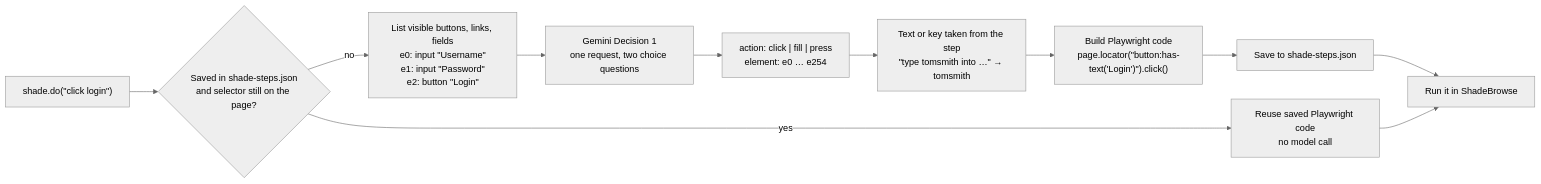
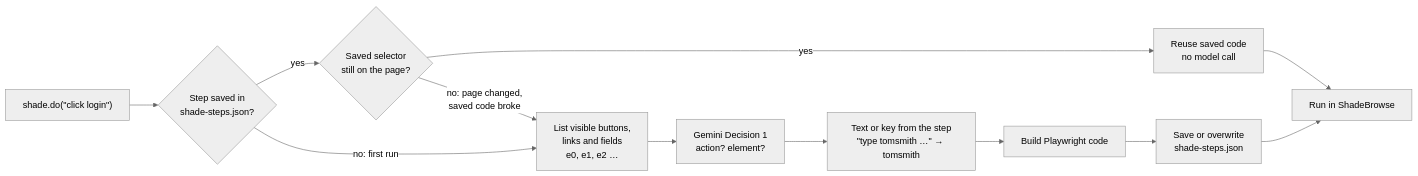
One commit to naimurhasan/shadebrowse changed the diagram in README.md. Above: the diagram before and after it, drawn with Mermaid (neutral theme). The commit also changed other lines of this file, not shown here.

Commit message:
Show the repair path for broken saved selectors in the diagram

````diff
--- a/README.md
+++ b/README.md
@@ -72,13 +72,14 @@
 ```mermaid
 flowchart LR
-    A["shade.do(#quot;click login#quot;)"] --> B{"Saved in shade-steps.json<br/>and selector still on the page?"}
-    B -- yes --> H["Reuse saved Playwright code<br/>no model call"]
-    B -- no --> C["List visible buttons, links, fields<br/>e0: input #quot;Username#quot;<br/>e1: input #quot;Password#quot;<br/>e2: button #quot;Login#quot;"]
-    C --> D["Gemini Decision 1<br/>one request, two choice questions"]
-    D --> E["action: click | fill | press<br/>element: e0 … e254"]
-    E --> F["Text or key taken from the step<br/>#quot;type tomsmith into …#quot; → tomsmith"]
-    F --> G["Build Playwright code<br/>page.locator(#quot;button:has-text('Login')#quot;).click()"]
-    G --> S["Save to shade-steps.json"]
-    S --> R["Run it in ShadeBrowse"]
+    A["shade.do(#quot;click login#quot;)"] --> B{"Step saved in<br/>shade-steps.json?"}
+    B -- "yes" --> K{"Saved selector<br/>still on the page?"}
+    K -- "yes" --> H["Reuse saved code<br/>no model call"]
+    K -- "no: page changed,<br/>saved code broke" --> C
+    B -- "no: first run" --> C["List visible buttons,<br/>links and fields<br/>e0, e1, e2 …"]
+    C --> D["Gemini Decision 1<br/>action? element?"]
+    D --> F["Text or key from the step<br/>#quot;type tomsmith …#quot; → tomsmith"]
+    F --> G["Build Playwright code"]
+    G --> S["Save or overwrite<br/>shade-steps.json"]
+    S --> R["Run in ShadeBrowse"]
     H --> R
 ```
````
